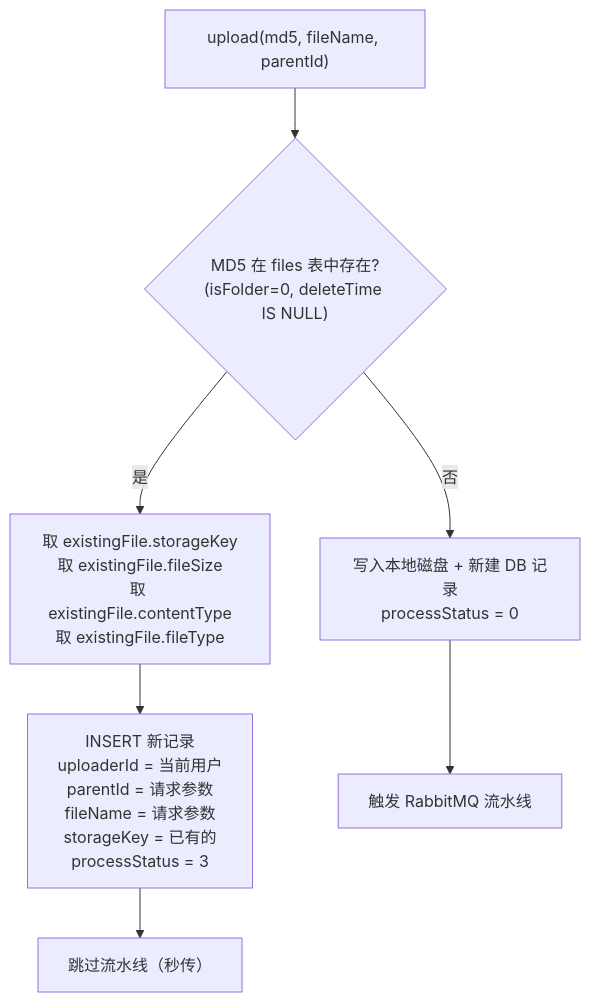
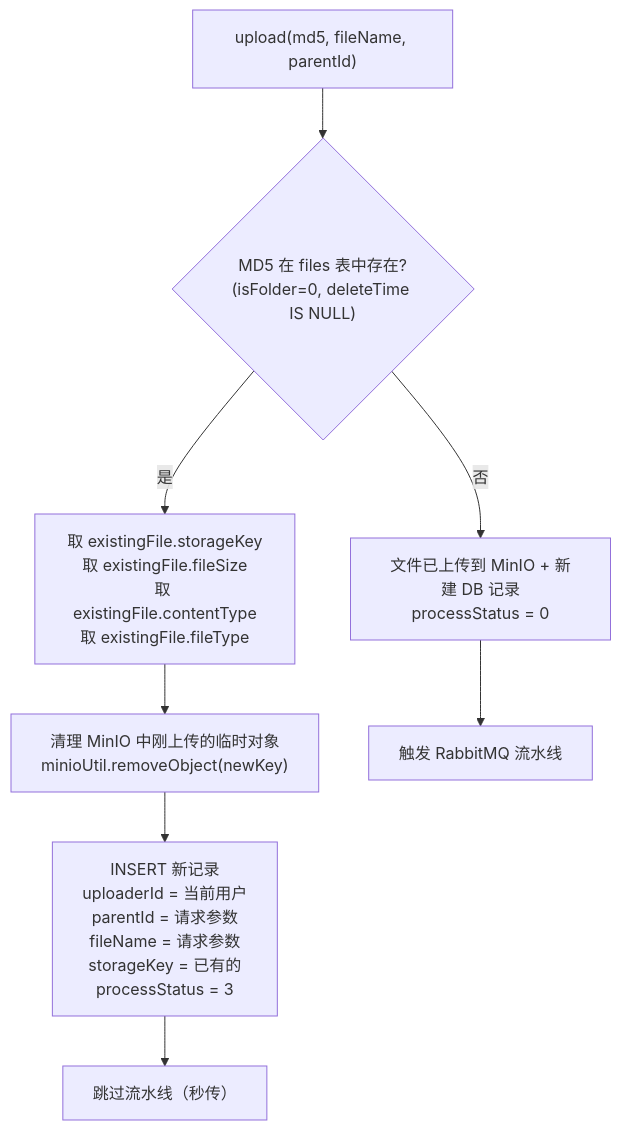
One commit to AfterMaxQ/AllahPan changed the third of 3 diagrams in docs/architecture/03-file-upload-flow.md. Above: the diagram before and after it, drawn with Mermaid. The commit also changed other lines of this file and 24 other files, not shown here.

First line of the commit message:
@ chore: update docs and config for MinIO storage migration

````diff
--- a/docs/architecture/03-file-upload-flow.md
+++ b/docs/architecture/03-file-upload-flow.md
@@ -123,9 +100,10 @@
 ```mermaid
 flowchart TD
     A["upload(md5, fileName, parentId)"] --> B{"MD5 在 files 表中存在?<br/>(isFolder=0, deleteTime IS NULL)"}
     B -->|"是"| C["取 existingFile.storageKey<br/>取 existingFile.fileSize<br/>取 existingFile.contentType<br/>取 existingFile.fileType"]
-    C --> D["INSERT 新记录<br/>uploaderId = 当前用户<br/>parentId = 请求参数<br/>fileName = 请求参数<br/>storageKey = 已有的<br/>processStatus = 3"]
-    D --> E["跳过流水线（秒传）"]
-    B -->|"否"| F["写入本地磁盘 + 新建 DB 记录<br/>processStatus = 0"]
-    F --> G["触发 RabbitMQ 流水线"]
+    C --> D["清理 MinIO 中刚上传的临时对象<br/>minioUtil.removeObject(newKey)"]
+    D --> E["INSERT 新记录<br/>uploaderId = 当前用户<br/>parentId = 请求参数<br/>fileName = 请求参数<br/>storageKey = 已有的<br/>processStatus = 3"]
+    E --> F["跳过流水线（秒传）"]
+    B -->|"否"| G["文件已上传到 MinIO + 新建 DB 记录<br/>processStatus = 0"]
+    G --> H["触发 RabbitMQ 流水线"]
 ```
````
